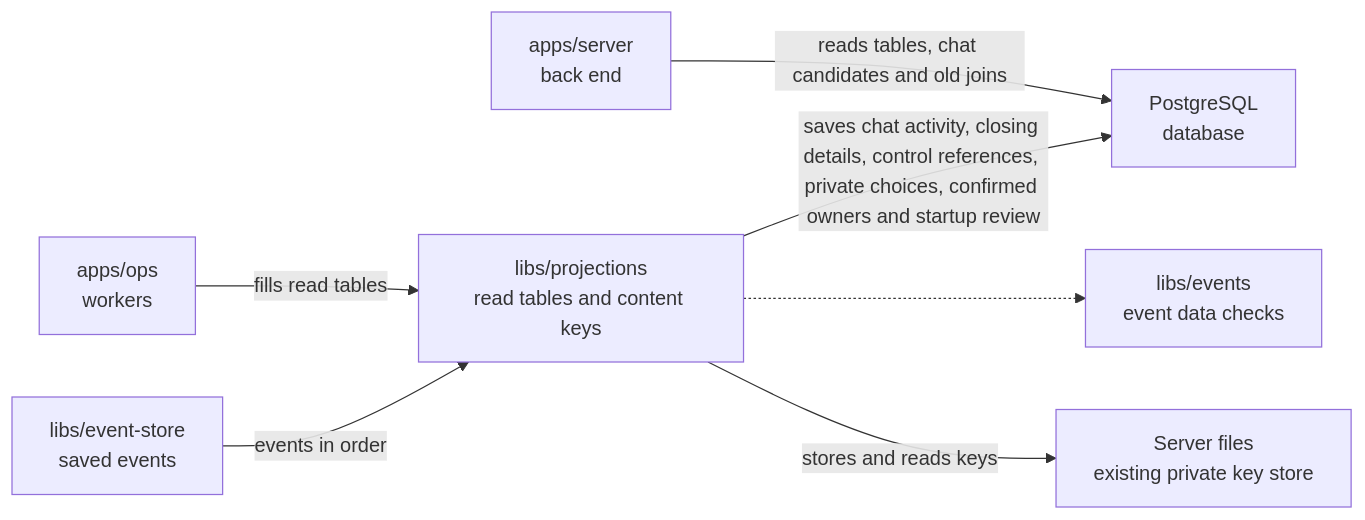
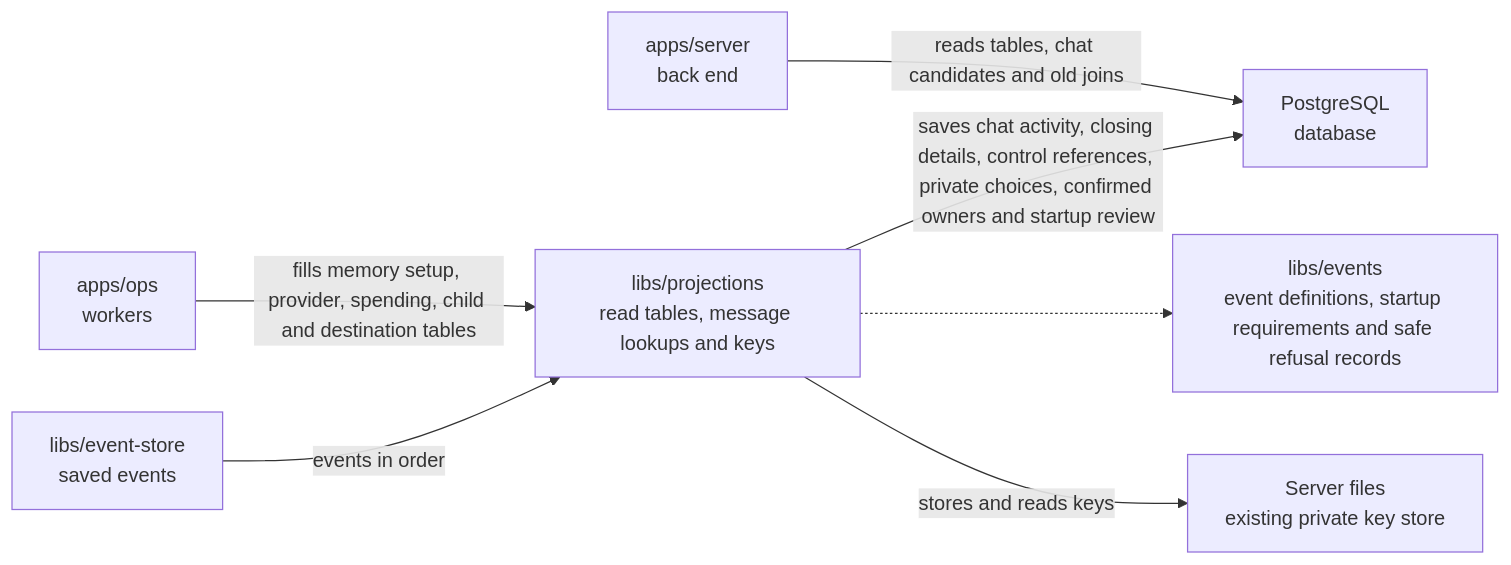
The diagram in libs/projections/README.md (elewa-git/opencrane-new), drawn with Mermaid before and after one commit. The commit also changed 7 other files, not shown here.

````diff
--- a/libs/projections/README.md
+++ b/libs/projections/README.md
@@ -23,9 +23,9 @@
 ```mermaid
 flowchart LR
-  ops["apps/ops<br/>workers"] -->|fills read tables| projections["libs/projections<br/>read tables and content keys"]
+  ops["apps/ops<br/>workers"] -->|fills memory setup, provider, spending, child and destination tables| projections["libs/projections<br/>read tables, message lookups and keys"]
   server["apps/server<br/>back end"] -->|reads tables, chat candidates and old joins| pg["PostgreSQL<br/>database"]
   projections -->|saves chat activity, closing details, control references, private choices, confirmed owners and startup review| pg
   store["libs/event-store<br/>saved events"] -->|events in order| projections
-  projections -.-> events["libs/events<br/>event data checks"]
+  projections -.-> events["libs/events<br/>event definitions, startup requirements and safe refusal records"]
   projections -->|stores and reads keys| keys["Server files<br/>existing private key store"]
 ```
````
